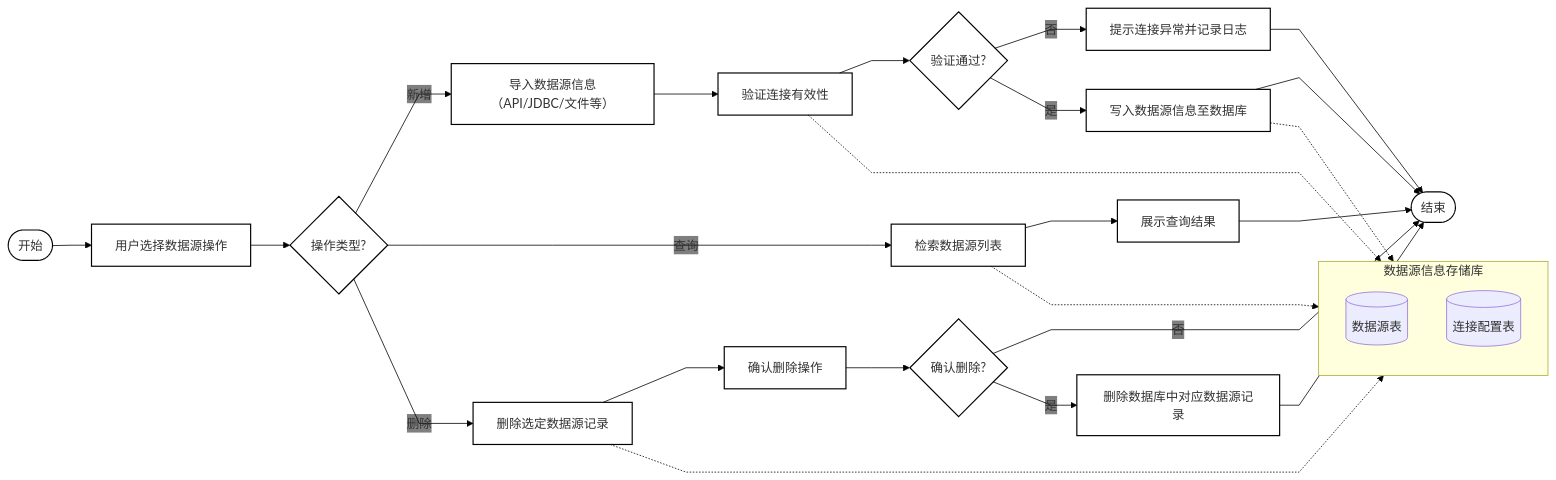
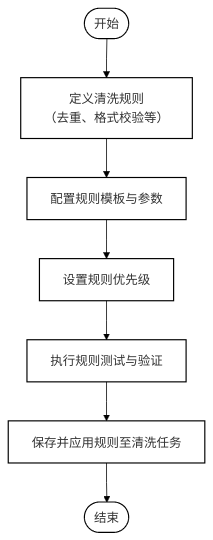
The diagram in all/未命名.md (dremup/iodraw-files), drawn with Mermaid before and after one commit.

Commit message:
2025-11-13 17:21:18 update

````diff
--- a/all/未命名.md
+++ b/all/未命名.md
@@ -1,60 +1,28 @@
 ```mermaid
 %%{init:{
-  "flowchart":{"direction":"LR","curve":"linear","htmlLabels":true},
+  "flowchart":{"direction":"TB","curve":"linear","htmlLabels":true},
   "themeVariables":{
     "background":"transparent",
     "edgeLabelBackground":"transparent",
     "primaryTextColor":"#000000",
     "lineColor":"#000000",
     "fontSize":"16px"
   },
   "themeCSS":".edgeLabel rect{fill:transparent!important;stroke:transparent!important;}"
 }}%%
-flowchart LR
-  %% === 起点 ===
-  A([开始]):::ellipse --> B[用户选择数据源操作]:::rect
+flowchart TB
+  A([开始]):::ellipse --> B[定义清洗规则<br/>（去重、格式校验等）]:::rect
+  B --> C[配置规则模板与参数]:::rect
+  C --> D[设置规则优先级]:::rect
+  D --> E[执行规则测试与验证]:::rect
+  E --> F[保存并应用规则至清洗任务]:::rect
+  F --> G([结束]):::ellipse
 
-  %% === 分支判断 ===
-  B --> C{操作类型?}:::diamond
-  C -- 新增 --> D1[导入数据源信息（API/JDBC/文件等）]:::rect
-  C -- 查询 --> D2[检索数据源列表]:::rect
-  C -- 删除 --> D3[删除选定数据源记录]:::rect
-
-  %% === 新增流程 ===
-  D1 --> E1[验证连接有效性]:::rect
-  E1 --> F1{验证通过?}:::diamond
-  F1 -- 否 --> G1[提示连接异常并记录日志]:::rect
-  F1 -- 是 --> H1[写入数据源信息至数据库]:::rect
-  G1 --> I([结束]):::ellipse
-  H1 --> I
-
-  %% === 查询流程 ===
-  D2 --> H2[展示查询结果]:::rect
-  H2 --> I
-
-  %% === 删除流程 ===
-  D3 --> E3[确认删除操作]:::rect
-  E3 --> F3{确认删除?}:::diamond
-  F3 -- 否 --> I
-  F3 -- 是 --> G3[删除数据库中对应数据源记录]:::rect
-  G3 --> I
-
-  %% === 数据存储模块 ===
-  subgraph DB[数据源信息存储库]
-    direction TB
-    DB1[(数据源表)]
-    DB2[(连接配置表)]
-  end
-  H1 -.-> DB1
-  D2 -.-> DB1
-  D3 -.-> DB1
-  E1 -.-> DB2
-
-  %% === 样式定义 ===
+  %% 样式定义
+  linkStyle default interpolate linear;
   classDef ellipse fill:transparent,stroke:#000,stroke-width:1.5px,rx:25,ry:25;
   classDef rect fill:transparent,stroke:#000,stroke-width:1.5px;
-  classDef diamond fill:transparent,stroke:#000,stroke-width:1.5px;
-  classDef cylinder fill:transparent,stroke:#000,stroke-width:1.5px;
-  class A,I ellipse;
+  class A,G ellipse;
+  class B,C,D,E,F rect;
 
 ```
````
